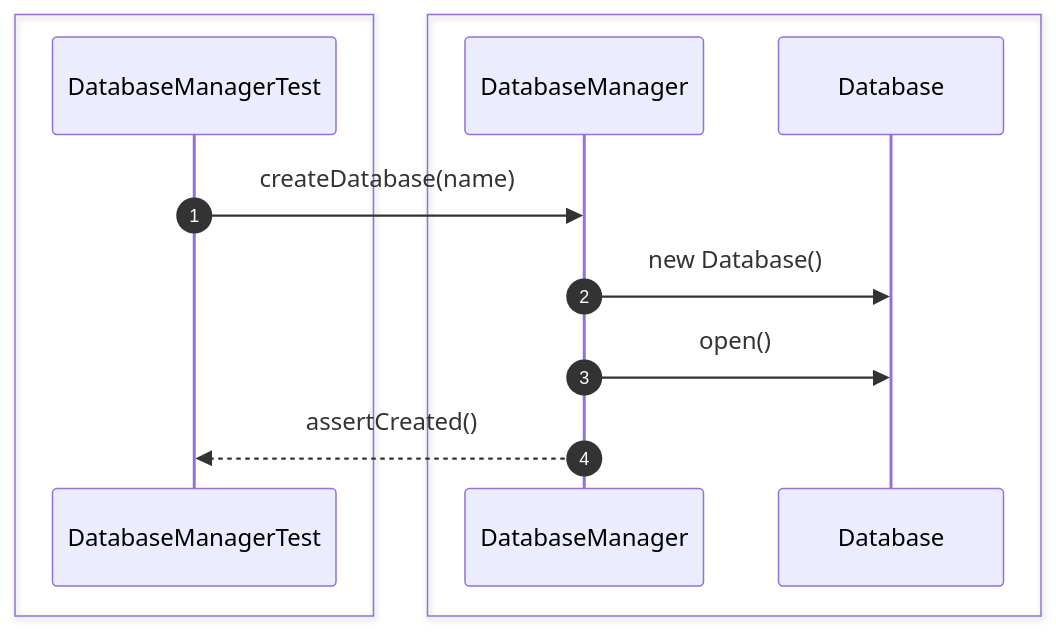
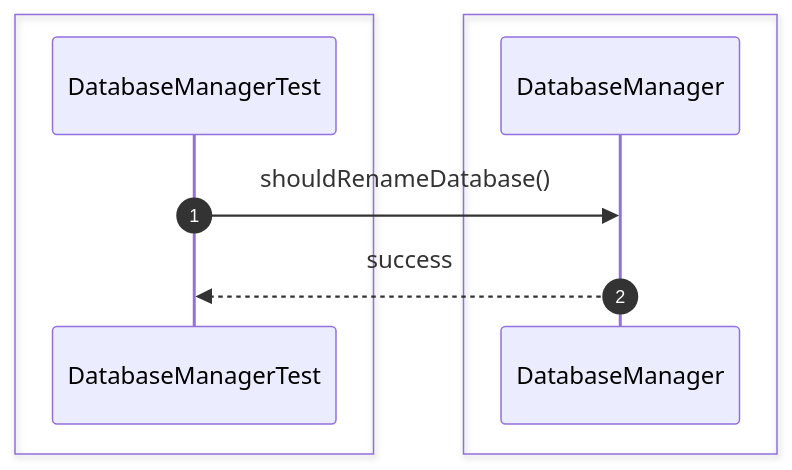
Diagram 11 of 44 in src/sequence/db-server.md (Huy1801214/dbms-architecture), drawn with Mermaid before and after one commit. The commit also changed other lines of this file and 68 other files, not shown here.

Commit message:
implement comprehensive unit test suite and architectural sequence documentation

````diff
--- a/src/sequence/db-server.md
+++ b/src/sequence/db-server.md
@@ -196,17 +158,13 @@
 ```mermaid
 sequenceDiagram
     autonumber
-
     box #e1f5fe Test Suite
     participant Test as DatabaseManagerTest
     end
-    box #e3f2fd Server Managers
-    participant Manager as DatabaseManager
-    participant Database as Database
+    box #e3f2fd DatabaseManager Component
+    participant DM as DatabaseManager
     end
 
-    Test->>Manager: createDatabase(name)
-    Manager->>Database: new Database()
-    Manager->>Database: open()
-    Manager-->>Test: assertCreated()
+    Test->>DM: shouldRenameDatabase()
+    DM-->>Test: success
 ```
````
